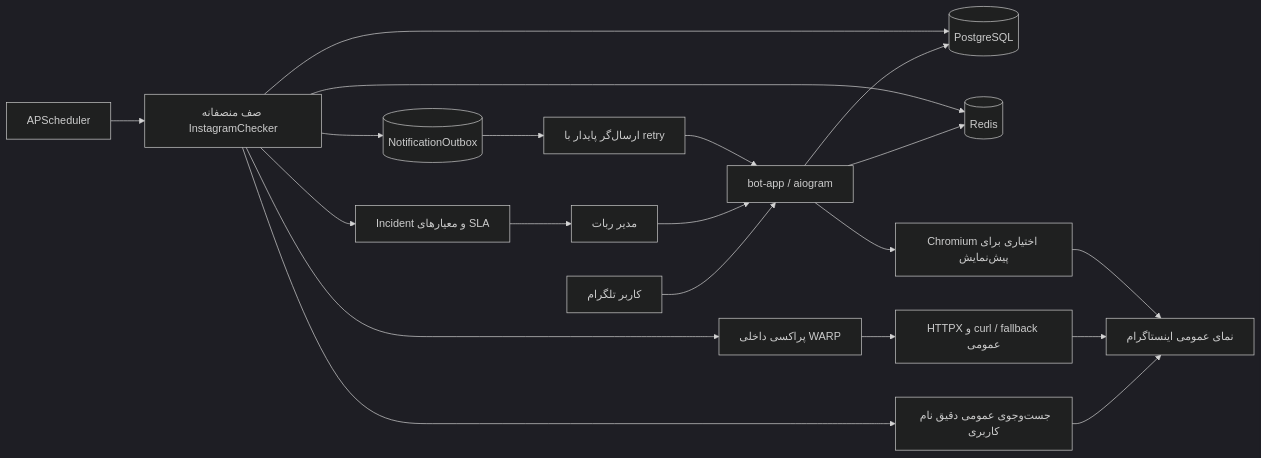
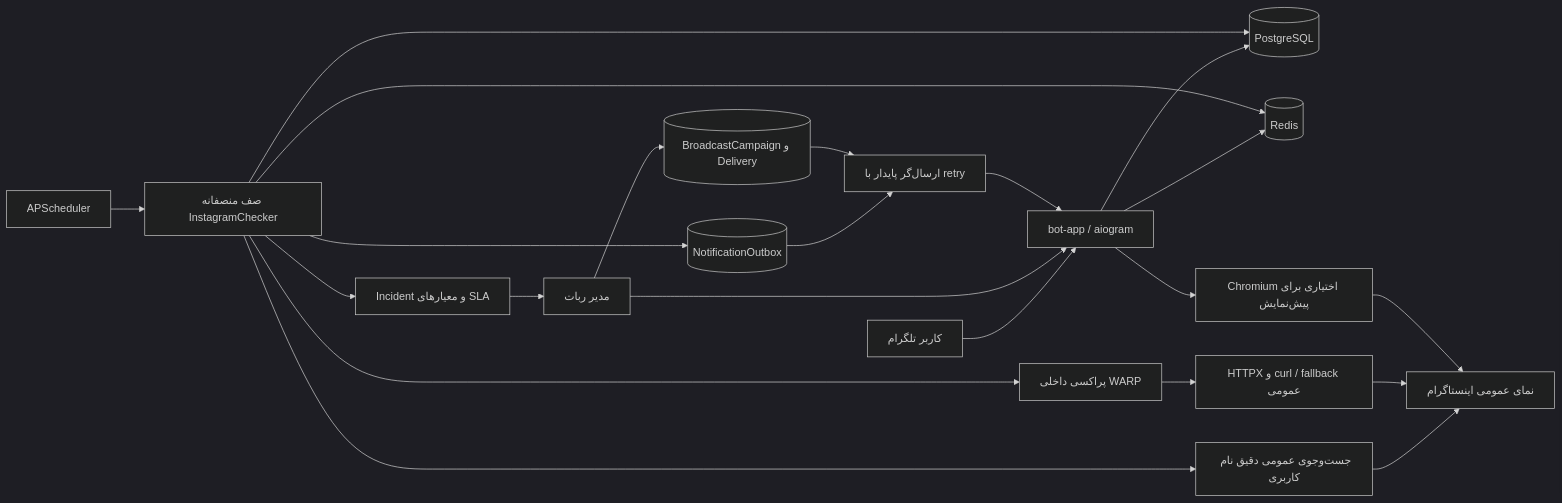
The diagram in README.md (farstar-team/farstar-warner), drawn with Mermaid (dark theme) before and after one commit. The commit also changed other lines of this file and 27 other files, not shown here.

````diff
--- a/README.md
+++ b/README.md
@@ -80,22 +91,24 @@
 ```mermaid
 flowchart LR
     U["کاربر تلگرام"] --> B["bot-app / aiogram"]
     A["مدیر ربات"] --> B
     B --> P[("PostgreSQL")]
     B --> R[("Redis")]
     S["APScheduler"] --> C["صف منصفانه InstagramChecker"]
     C --> G["جست‌وجوی عمومی دقیق نام کاربری"]
     C --> W["پراکسی داخلی WARP"]
     W --> H["HTTPX و curl / fallback عمومی"]
     B --> X["Chromium اختیاری برای پیش‌نمایش"]
     G --> I
     H --> I["نمای عمومی اینستاگرام"]
     X --> I
     C --> P
     C --> R
     C --> O[("NotificationOutbox")]
     O --> D["ارسال‌گر پایدار با retry"]
     D --> B
+    A --> Q[("BroadcastCampaign و Delivery")]
+    Q --> D
     C --> M["Incident و معیارهای SLA"]
     M --> A
 ```
````
